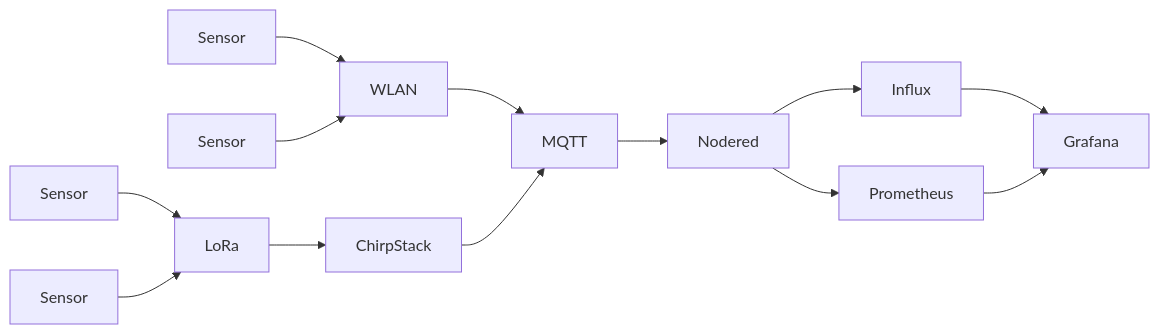
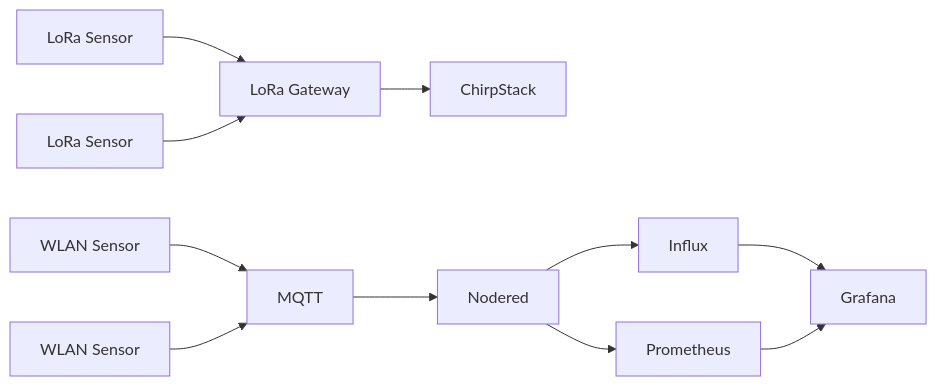
Before and after one commit to jreichwald/CAS-IoT-2024: the diagram in README.md, drawn with Mermaid.

````diff
--- a/README.md
+++ b/README.md
@@ -4,15 +4,13 @@
 ```mermaid 
 flowchart LR
-    n2["Sensor"] --> n1["LoRa"]
-    n3["Sensor"] --> n1
+    n2["LoRa Sensor"] --> n1["LoRa Gateway"]
+    n3["LoRa Sensor"] --> n1
     n1 --> n4["ChirpStack"]
-    n5["Sensor"] --> n7["WLAN"]
-    n6["Sensor"] --> n7
-    n7 --> n8["MQTT"]
-    n4 --> n8
+    n5["WLAN Sensor"] --> n8["MQTT"]
+    n6["WLAN Sensor"] --> n8
     n8 --> n11["Nodered"]
     n11 --> n9["Prometheus"]
     n11 --> n12
     n12["Influx"] --> n10
     n9 --> n10["Grafana"]
 ```
````
